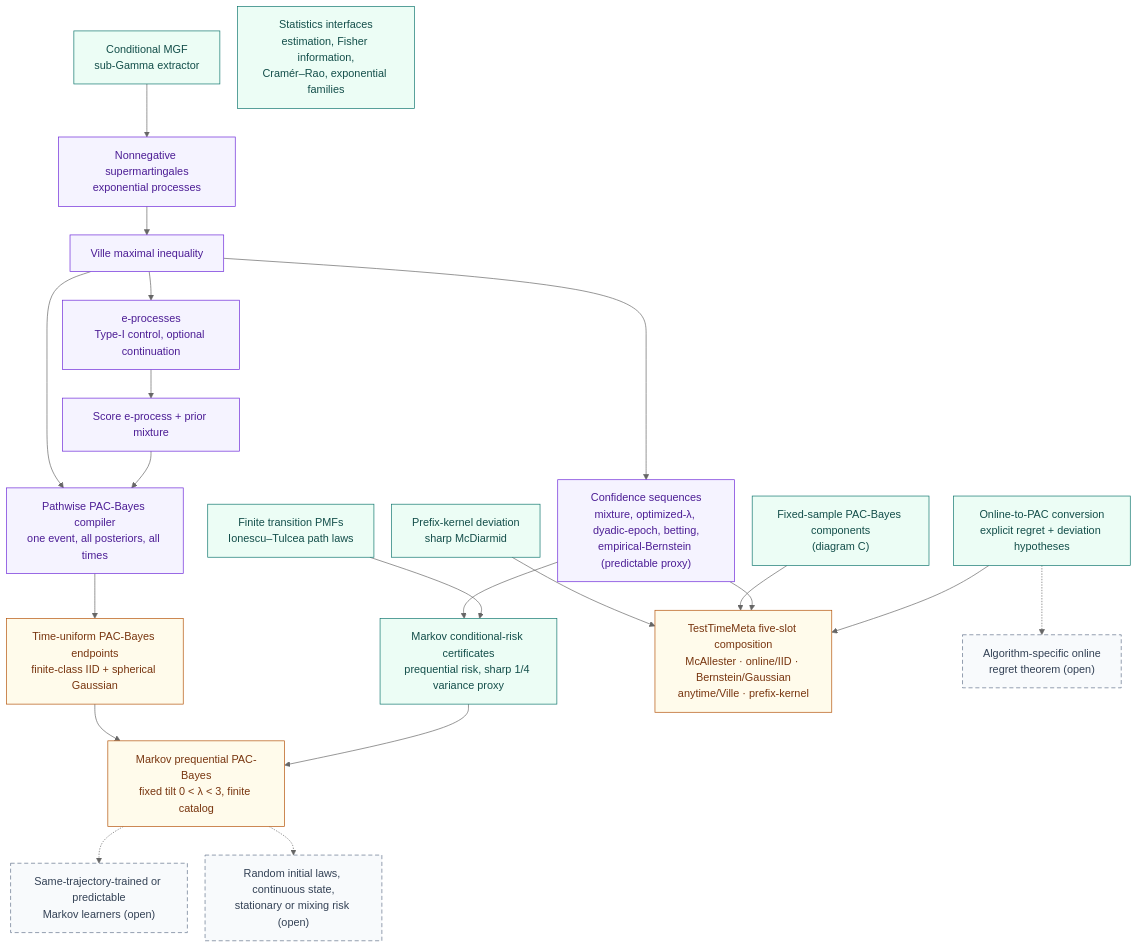
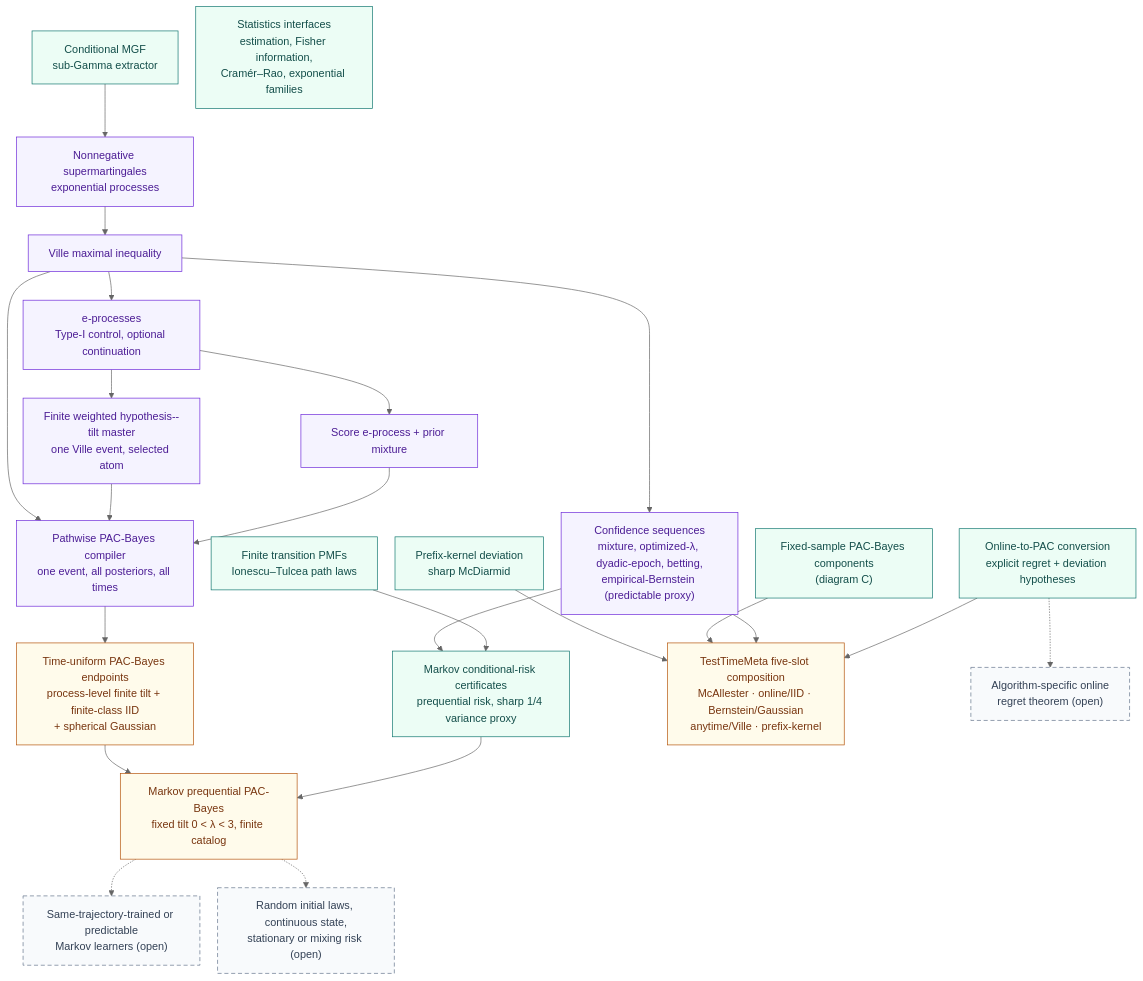
Before and after one commit to Robby955/FormalSLT: the fourth of 4 diagrams in docs/diagrams.md, drawn with Mermaid. The commit also changed other lines of this file and 21 other files, not shown here.

Commit message:
feat(pac-bayes): add finite time-uniform tilt master

````diff
--- a/docs/diagrams.md
+++ b/docs/diagrams.md
@@ -190,52 +190,55 @@
 ```mermaid
 %%{init: {'theme': 'neutral', 'flowchart': {'rankSpacing': 42, 'nodeSpacing': 26}}}%%
 flowchart TD
     condmgf["Conditional MGF<br/>sub-Gamma extractor"]
     supermart["Nonnegative supermartingales<br/>exponential processes"]
     ville["Ville maximal inequality"]
     eproc["e-processes<br/>Type-I control, optional continuation"]
     cs["Confidence sequences<br/>mixture, optimized-λ, dyadic-epoch, betting,<br/>empirical-Bernstein (predictable proxy)"]
     score["Score e-process + prior mixture"]
+    tiltmix["Finite weighted hypothesis--tilt master<br/>one Ville event, selected atom"]
     pathwise["Pathwise PAC-Bayes compiler<br/>one event, all posteriors, all times"]
-    tu["Time-uniform PAC-Bayes endpoints<br/>finite-class IID + spherical Gaussian"]
+    tu["Time-uniform PAC-Bayes endpoints<br/>process-level finite tilt + finite-class IID<br/>+ spherical Gaussian"]
     pathlaw["Finite transition PMFs<br/>Ionescu–Tulcea path laws"]
     markovrisk["Markov conditional-risk certificates<br/>prequential risk, sharp 1/4 variance proxy"]
     markovpb["Markov prequential PAC-Bayes<br/>fixed tilt 0 &lt; λ &lt; 3, finite catalog"]
     otp["Online-to-PAC conversion<br/>explicit regret + deviation hypotheses"]
     stats["Statistics interfaces<br/>estimation, Fisher information,<br/>Cramér–Rao, exponential families"]
     pbc["Fixed-sample PAC-Bayes components<br/>(diagram C)"]
     prefix["Prefix-kernel deviation<br/>sharp McDiarmid"]
     ttm["TestTimeMeta five-slot composition<br/>McAllester · online/IID · Bernstein/Gaussian<br/>anytime/Ville · prefix-kernel"]
     markovopen1["Same-trajectory-trained or predictable<br/>Markov learners (open)"]
     markovopen2["Random initial laws, continuous state,<br/>stationary or mixing risk (open)"]
     otpopen["Algorithm-specific online<br/>regret theorem (open)"]
 
     condmgf --> supermart
     supermart --> ville
     ville --> eproc
     ville --> cs
     eproc --> score
+    eproc --> tiltmix
     score --> pathwise
+    tiltmix --> pathwise
     ville --> pathwise
     pathwise --> tu
     pathlaw --> markovrisk
     cs --> markovrisk
     markovrisk --> markovpb
     tu --> markovpb
     otp --> ttm
     cs --> ttm
     pbc --> ttm
     prefix --> ttm
     markovpb -.-> markovopen1
     markovpb -.-> markovopen2
     otp -.-> otpopen
 
     classDef checked fill:#ecfdf5,stroke:#0f766e,color:#134e4a;
     classDef sequential fill:#f5f3ff,stroke:#6d28d9,color:#4c1d95;
     classDef endpointNode fill:#fffbeb,stroke:#b45309,color:#78350f;
     classDef open fill:#f8fafc,stroke:#64748b,color:#334155,stroke-dasharray:6 4;
     class condmgf,pathlaw,markovrisk,otp,stats,pbc,prefix checked;
-    class supermart,ville,eproc,cs,score,pathwise sequential;
+    class supermart,ville,eproc,cs,score,tiltmix,pathwise sequential;
     class tu,markovpb,ttm endpointNode;
     class markovopen1,markovopen2,otpopen open;
 ```
````
